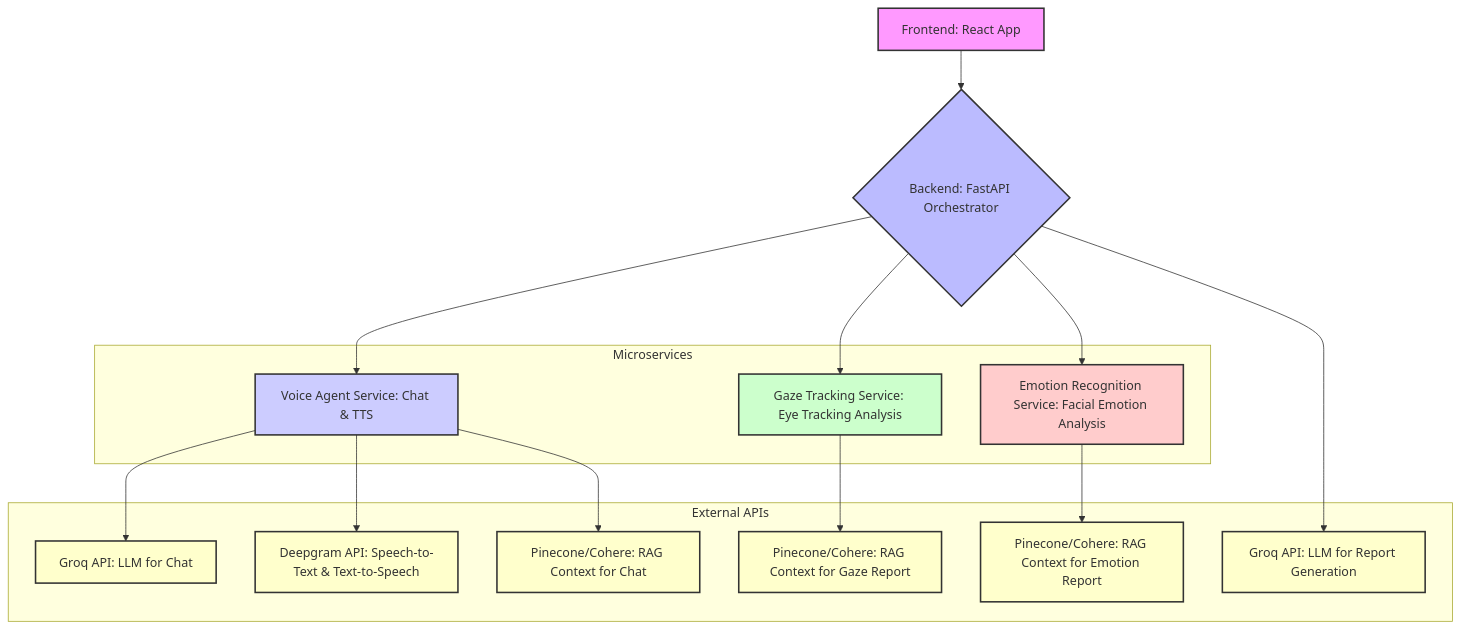
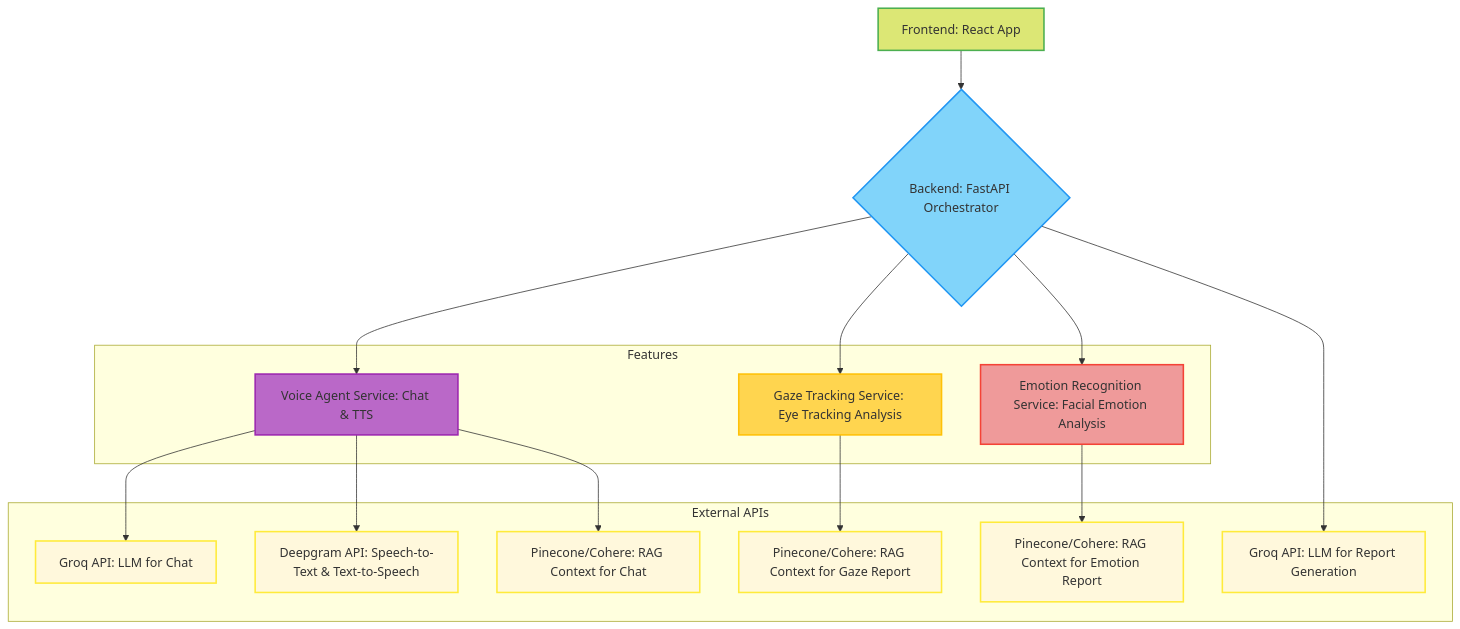
Before and after one commit to MeriemTerki/PsycheAI: the first of 3 diagrams in backend/README.md, drawn with Mermaid. The commit also changed other lines of this file, not shown here.

````diff
--- a/backend/README.md
+++ b/backend/README.md
@@ -9,41 +9,41 @@
 ```mermaid
 graph TD
     A[Frontend: React App] --> B{Backend: FastAPI Orchestrator}
     B --> C[Voice Agent Service: Chat & TTS]
     B --> D[Gaze Tracking Service: Eye Tracking Analysis]
     B --> E[Emotion Recognition Service: Facial Emotion Analysis]
     C --> F[Groq API: LLM for Chat]
     B --> G[Groq API: LLM for Report Generation]
     C --> H[Deepgram API: Speech-to-Text & Text-to-Speech]
     C --> I[Pinecone/Cohere: RAG Context for Chat]
     D --> J[Pinecone/Cohere: RAG Context for Gaze Report]
     E --> K[Pinecone/Cohere: RAG Context for Emotion Report]
 
-    subgraph Microservices
+    subgraph Features
         C
         D
         E
     end
 
     subgraph External APIs
         F
         G
         H
         I
         J
         K
     end
 
-    style A fill:#f9f,stroke:#333,stroke-width:2px
-    style B fill:#bbf,stroke:#333,stroke-width:2px
-    style C fill:#ccf,stroke:#333,stroke-width:2px
-    style D fill:#cfc,stroke:#333,stroke-width:2px
-    style E fill:#fcc,stroke:#333,stroke-width:2px
-    style F fill:#ffc,stroke:#333,stroke-width:2px
-    style G fill:#ffc,stroke:#333,stroke-width:2px
-    style H fill:#ffc,stroke:#333,stroke-width:2px
-    style I fill:#ffc,stroke:#333,stroke-width:2px
-    style J fill:#ffc,stroke:#333,stroke-width:2px
-    style K fill:#ffc,stroke:#333,stroke-width:2px
+    style A fill:#DCE775,stroke:#4CAF50,stroke-width:2px,color:#333
+    style B fill:#81D4FA,stroke:#2196F3,stroke-width:2px,color:#333
+    style C fill:#BA68C8,stroke:#9C27B0,stroke-width:2px,color:#333
+    style D fill:#FFD54F,stroke:#FFC107,stroke-width:2px,color:#333
+    style E fill:#EF9A9A,stroke:#F44336,stroke-width:2px,color:#333
+    style F fill:#FFF8DC,stroke:#FFEB3B,stroke-width:2px,color:#333
+    style G fill:#FFF8DC,stroke:#FFEB3B,stroke-width:2px,color:#333
+    style H fill:#FFF8DC,stroke:#FFEB3B,stroke-width:2px,color:#333
+    style I fill:#FFF8DC,stroke:#FFEB3B,stroke-width:2px,color:#333
+    style J fill:#FFF8DC,stroke:#FFEB3B,stroke-width:2px,color:#333
+    style K fill:#FFF8DC,stroke:#FFEB3B,stroke-width:2px,color:#333
 
 ```
````
